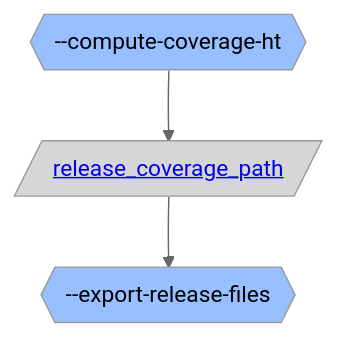
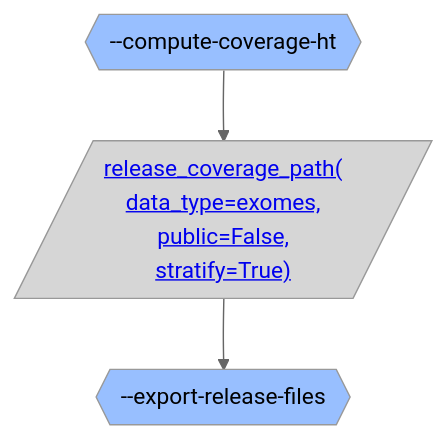
The fifth of 5 diagrams in gnomad_qc/v4/annotations/README.md (broadinstitute/gnomad_qc), drawn with Mermaid (neutral theme) before and after one commit. The commit also changed other lines of this file and 3 other files, not shown here.

````diff
--- a/gnomad_qc/v4/annotations/README.md
+++ b/gnomad_qc/v4/annotations/README.md
@@ -267,16 +290,19 @@
 ```mermaid
 flowchart TB;
   classDef script_color fill:#2C5D4A,color:#000000
   classDef step_color fill:#98BFFF,color:#000000
   classDef func_color fill:#E0D5E6,color:#000000
   classDef gnomad_methods_color fill:#F9F2CE,color:#000000
   classDef hail_color fill:#FAEACE,color:#000000
   classDef resource_color fill:#D6D6D6,color:#000000
   classDef validity_check_color fill:#2C5D4A,color:#000000
 
   step_compute_coverage_ht{{"--compute-coverage-ht"}}:::step_color;
-  resource_release_coverage_path[/"<a href='https://github.com/broadinstitute/gnomad_qc/tree/main/gnomad_qc/v4/resources/release.py#L268'>release_coverage_path</a>"/]:::resource_color;
+  resource_release_coverage_path_data_type_exomes_public_False_stratify_True[/"<a href='https://github.com/broadinstitute/gnomad_qc/tree/main/gnomad_qc/v4/resources/release.py#L268'>release_coverage_path(
+data_type=exomes,
+public=False,
+stratify=True)</a>"/]:::resource_color;
   step_export_release_files{{"--export-release-files"}}:::step_color;
-  step_compute_coverage_ht --> resource_release_coverage_path;
-  resource_release_coverage_path --> step_export_release_files;
+  step_compute_coverage_ht --> resource_release_coverage_path_data_type_exomes_public_False_stratify_True;
+  resource_release_coverage_path_data_type_exomes_public_False_stratify_True --> step_export_release_files;
 ```
````
